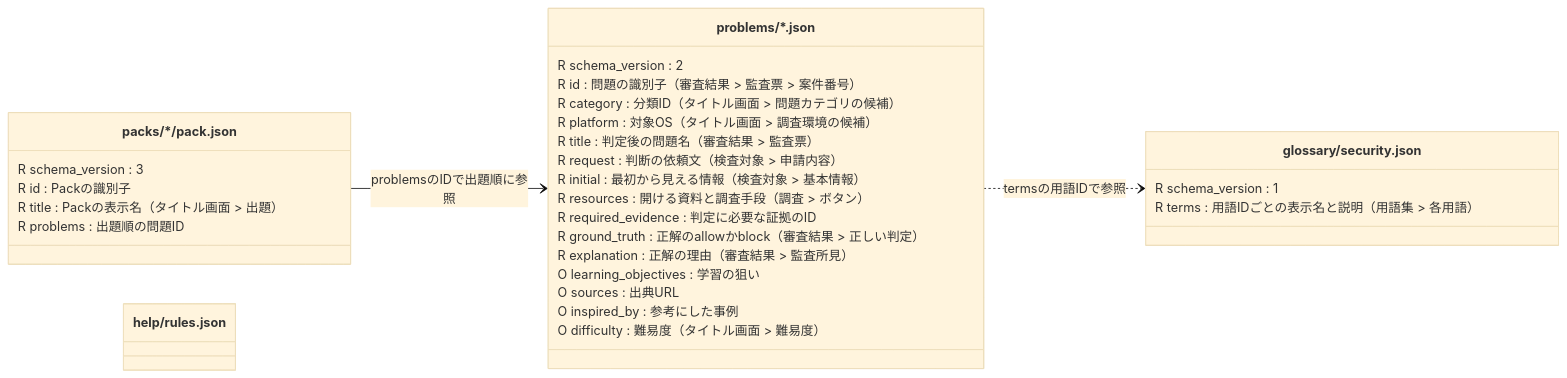
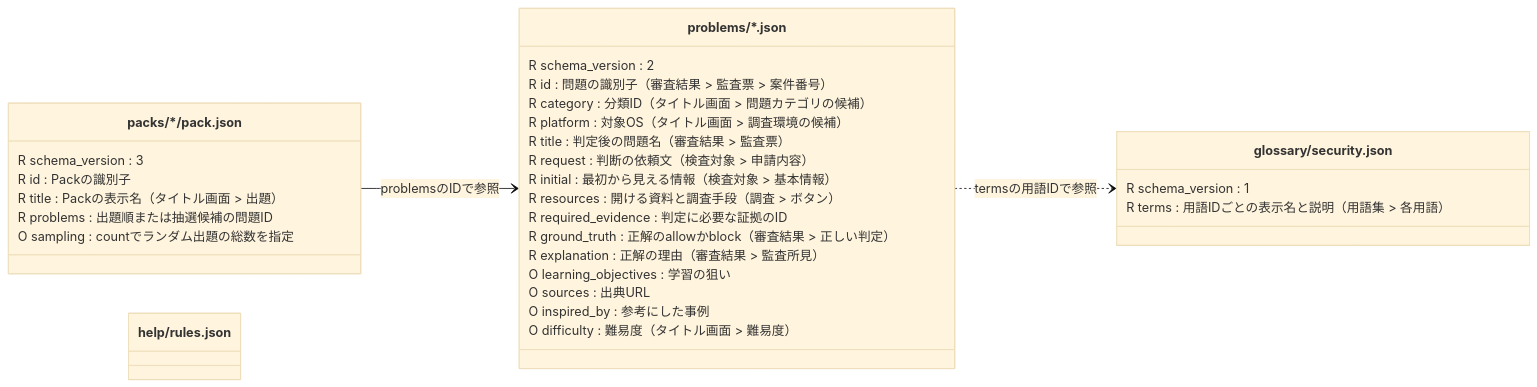
The diagram in data/README.md (toratako/tousenborder), drawn with Mermaid (base theme) before and after one commit. The commit also changed other lines of this file and 10 other files, not shown here.

````diff
--- a/data/README.md
+++ b/data/README.md
@@ -7,37 +7,38 @@
 ```mermaid
 classDiagram
   direction LR
   class PackFile["packs/*/pack.json"]
   class PackFile {
     R schema_version : 3
     R id : Packの識別子
     R title : Packの表示名（タイトル画面 > 出題）
-    R problems : 出題順の問題ID
+    R problems : 出題順または抽選候補の問題ID
+    O sampling : countでランダム出題の総数を指定
   }
   class ProblemFile["problems/*.json"]
   class ProblemFile {
     R schema_version : 2
     R id : 問題の識別子（審査結果 > 監査票 > 案件番号）
     R category : 分類ID（タイトル画面 > 問題カテゴリの候補）
     R platform : 対象OS（タイトル画面 > 調査環境の候補）
     R title : 判定後の問題名（審査結果 > 監査票）
     R request : 判断の依頼文（検査対象 > 申請内容）
     R initial : 最初から見える情報（検査対象 > 基本情報）
     R resources : 開ける資料と調査手段（調査 > ボタン）
     R required_evidence : 判定に必要な証拠のID
     R ground_truth : 正解のallowかblock（審査結果 > 正しい判定）
     R explanation : 正解の理由（審査結果 > 監査所見）
     O learning_objectives : 学習の狙い
     O sources : 出典URL
     O inspired_by : 参考にした事例
     O difficulty : 難易度（タイトル画面 > 難易度）
   }
   class GlossaryFile["glossary/security.json"]
   class GlossaryFile {
     R schema_version : 1
     R terms : 用語IDごとの表示名と説明（用語集 > 各用語）
   }
   class HelpRulesFile["help/rules.json"]
-  PackFile --> ProblemFile : problemsのIDで出題順に参照
+  PackFile --> ProblemFile : problemsのIDで参照
   ProblemFile ..> GlossaryFile : termsの用語IDで参照
 ```
````
